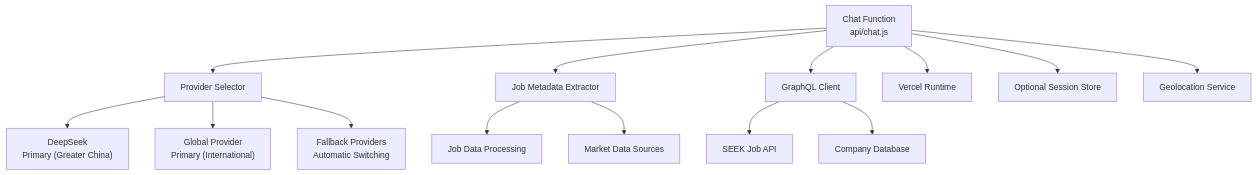
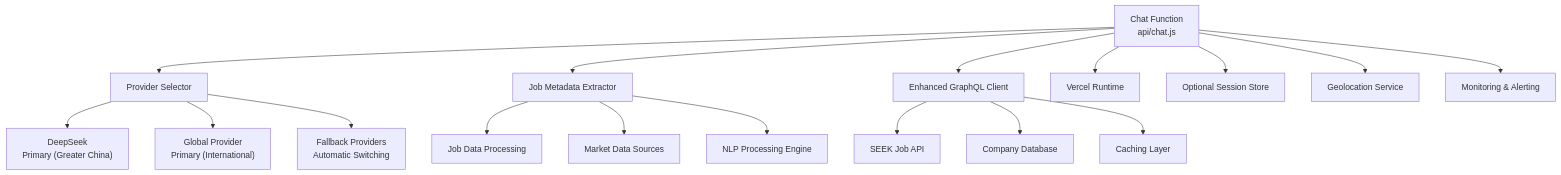
One commit to zmyeo54/briefroom changed the ninth of 9 diagrams in .qoder/repowiki/en/content/API Reference/Chat API.md. Above: the diagram before and after it, drawn with Mermaid. The commit also changed other lines of this file and 13 other files, not shown here.

````diff
--- a/.qoder/repowiki/en/content/API Reference/Chat API.md
+++ b/.qoder/repowiki/en/content/API Reference/Chat API.md
@@ -482,16 +566,19 @@
 ```mermaid
 graph TB
 ChatFn["Chat Function<br/>api/chat.js"] --> ProviderSelector["Provider Selector"]
 ChatFn --> JobMeta["Job Metadata Extractor"]
-ChatFn --> GraphQLClient["GraphQL Client"]
+ChatFn --> GraphQLClient["Enhanced GraphQL Client"]
 ProviderSelector --> DeepSeek["DeepSeek<br/>Primary (Greater China)"]
 ProviderSelector --> GlobalProvider["Global Provider<br/>Primary (International)"]
 ProviderSelector --> FallbackProviders["Fallback Providers<br/>Automatic Switching"]
 JobMeta --> JobData["Job Data Processing"]
 JobMeta --> MarketData["Market Data Sources"]
+JobMeta --> NLPEngine["NLP Processing Engine"]
 GraphQLClient --> SeekAPI["SEEK Job API"]
 GraphQLClient --> CompanyDB["Company Database"]
+GraphQLClient --> CacheLayer["Caching Layer"]
 ChatFn --> Platform["Vercel Runtime"]
 ChatFn --> OptionalStore["Optional Session Store"]
 ChatFn --> GeoService["Geolocation Service"]
+ChatFn --> Monitoring["Monitoring & Alerting"]
 ```
````
